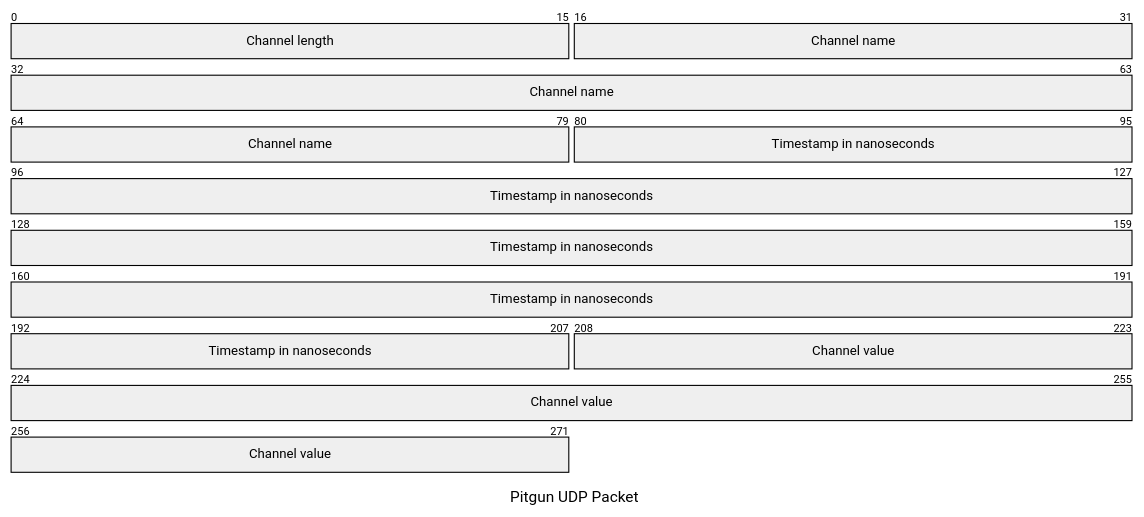
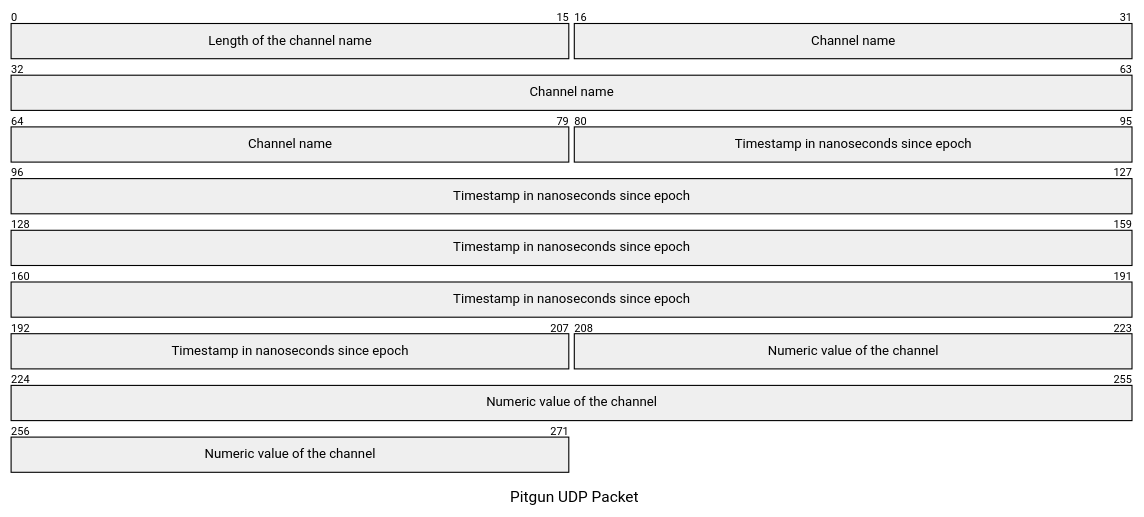
Before and after one commit to loicbelec/pitgun: the diagram in docs/index.md, drawn with Mermaid. The commit also changed other lines of this file, not shown here.

`````diff
--- a/docs/index.md
+++ b/docs/index.md
@@ -94,9 +100,9 @@
 ```mermaid
 packet
 title Pitgun UDP Packet
 
-+16: "Channel length"
++16: "Length of the channel name"
 16-79: "Channel name"
-+128: "Timestamp in nanoseconds"
-+64: "Channel value"
++128: "Timestamp in nanoseconds since epoch"
++64: "Numeric value of the channel"
 ````
`````
